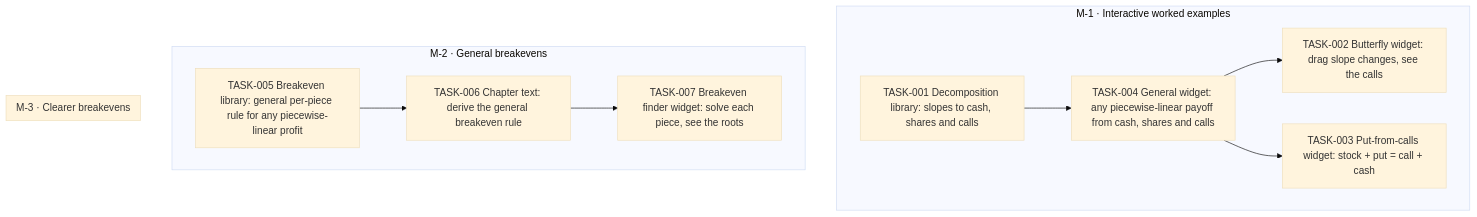
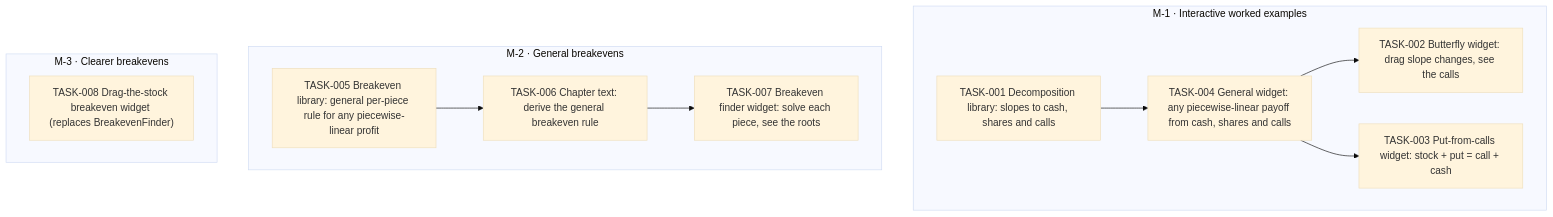
One commit to all-explained/options-explained changed the diagram in goals/improve-viz/README.md. Above: the diagram before and after it, drawn with Mermaid (base theme). The commit also changed 1 other file, not shown here.

Commit message:
goal(improve-viz): add TASK-008 Drag-the-stock breakeven widget (replaces BreakevenFinder)

````diff
--- a/goals/improve-viz/README.md
+++ b/goals/improve-viz/README.md
@@ -25,24 +25,25 @@
 ```mermaid
 flowchart TD
   subgraph M_1["M-1 · Interactive worked examples"]
     TASK_001["TASK-001 Decomposition library: slopes to cash, shares and calls"]
     TASK_002["TASK-002 Butterfly widget: drag slope changes, see the calls"]
     TASK_003["TASK-003 Put-from-calls widget: stock + put = call + cash"]
     TASK_004["TASK-004 General widget: any piecewise-linear payoff from cash, shares and calls"]
   end
   subgraph M_2["M-2 · General breakevens"]
     TASK_005["TASK-005 Breakeven library: general per-piece rule for any piecewise-linear profit"]
     TASK_006["TASK-006 Chapter text: derive the general breakeven rule"]
     TASK_007["TASK-007 Breakeven finder widget: solve each piece, see the roots"]
   end
   subgraph M_3["M-3 · Clearer breakevens"]
+    TASK_008["TASK-008 Drag-the-stock breakeven widget (replaces BreakevenFinder)"]
   end
   TASK_004 --> TASK_002
   TASK_004 --> TASK_003
   TASK_001 --> TASK_004
   TASK_005 --> TASK_006
   TASK_006 --> TASK_007
   classDef draft stroke-dasharray: 4 3
   classDef cancelled opacity:0.45
   classDef decision fill:#f3e8ff,stroke:#7c3aed
 ```
````
